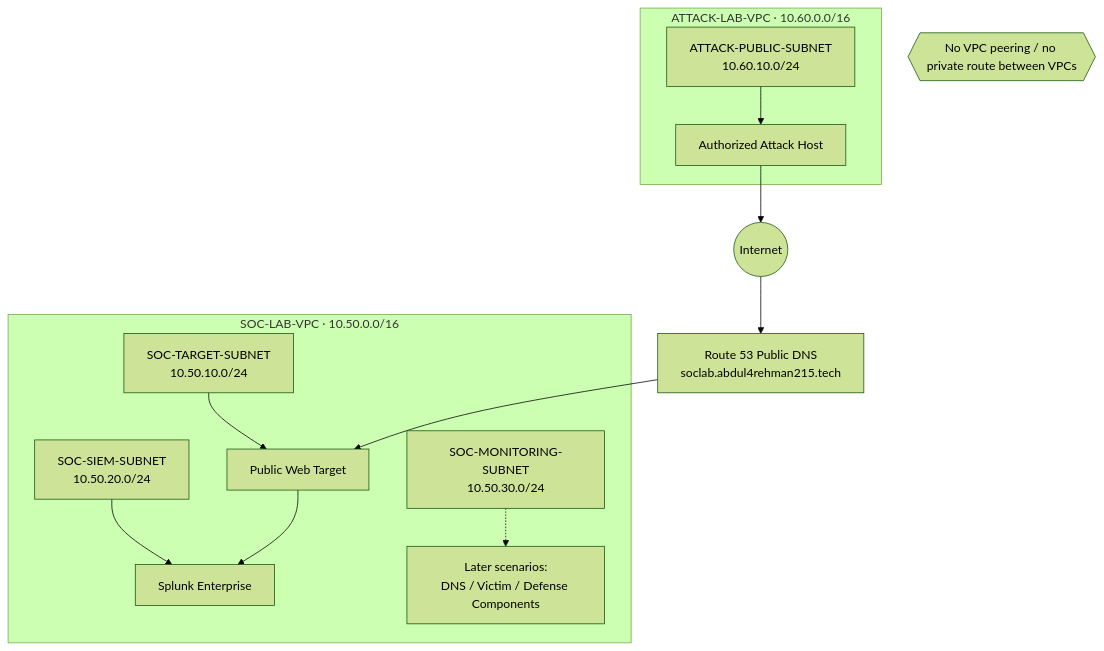
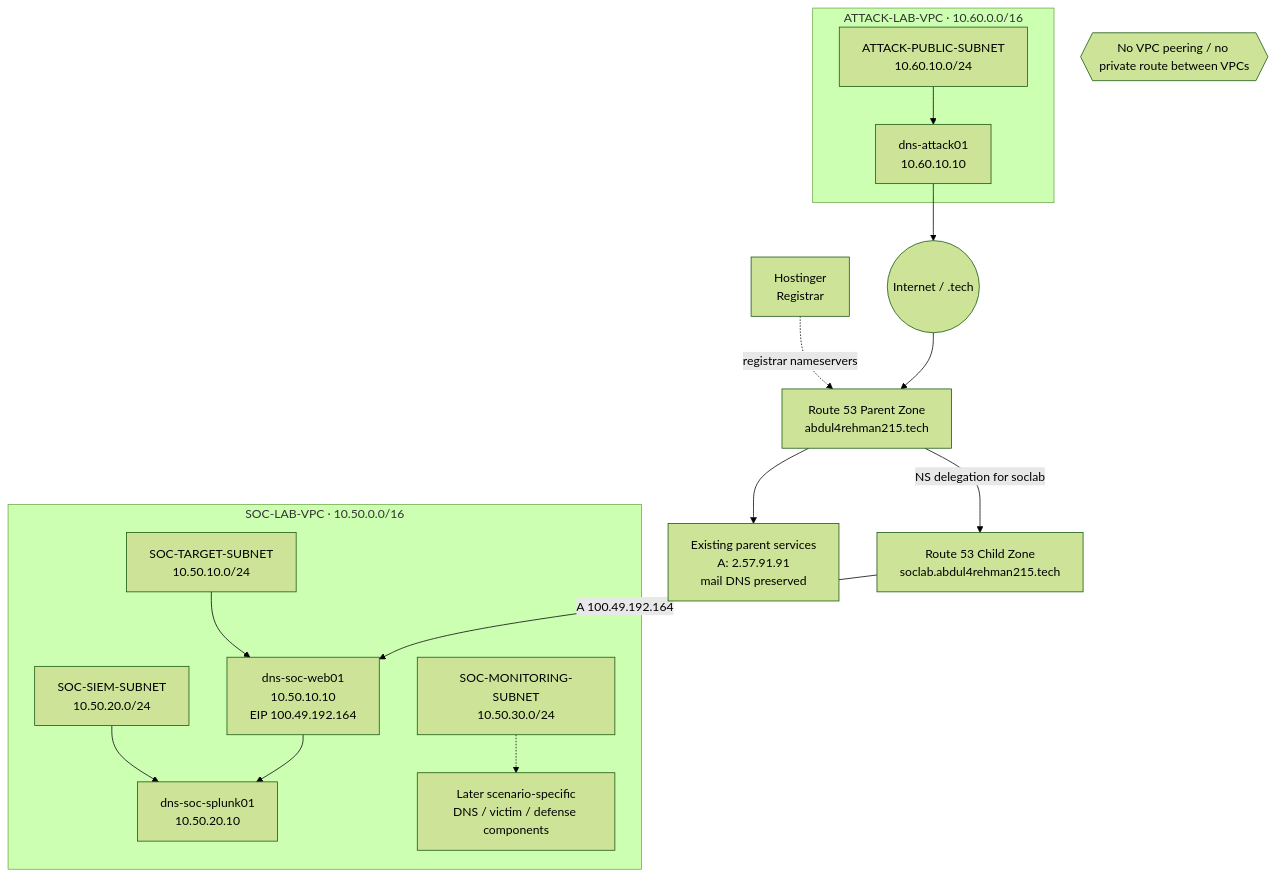
One commit to DNS-SOC-Lab/DNS-Lab-Infrastructure changed the diagram in 01-network-architecture/base-network.md. Above: the diagram before and after it, drawn with Mermaid (forest theme). The commit also changed other lines of this file and 2 other files, not shown here.

Commit message:
docs(network): map the public DNS path

````diff
--- a/01-network-architecture/base-network.md
+++ b/01-network-architecture/base-network.md
@@ -9,29 +11,35 @@
 ```mermaid
 flowchart TB
-    Internet((Internet))
-    DNS[Route 53 Public DNS<br/>soclab.abdul4rehman215.tech]
+    Registrar[Hostinger<br/>Registrar]
+    Internet((Internet / .tech))
+    Parent[Route 53 Parent Zone<br/>abdul4rehman215.tech]
+    Child[Route 53 Child Zone<br/>soclab.abdul4rehman215.tech]
+    Existing[Existing parent services<br/>A: 2.57.91.91<br/>mail DNS preserved]
 
     subgraph AVPC[ATTACK-LAB-VPC · 10.60.0.0/16]
         ASubnet[ATTACK-PUBLIC-SUBNET<br/>10.60.10.0/24]
-        Attack[Authorized Attack Host]
+        Attack[dns-attack01<br/>10.60.10.10]
         ASubnet --> Attack
     end
 
     subgraph SVPC[SOC-LAB-VPC · 10.50.0.0/16]
         Target[SOC-TARGET-SUBNET<br/>10.50.10.0/24]
         SIEM[SOC-SIEM-SUBNET<br/>10.50.20.0/24]
         Monitoring[SOC-MONITORING-SUBNET<br/>10.50.30.0/24]
-        Web[Public Web Target]
-        Splunk[Splunk Enterprise]
+        Web[dns-soc-web01<br/>10.50.10.10<br/>EIP 100.49.192.164]
+        Splunk[dns-soc-splunk01<br/>10.50.20.10]
         Target --> Web
         SIEM --> Splunk
-        Monitoring -.-> Future[Later scenarios:<br/>DNS / Victim / Defense Components]
+        Monitoring -.-> Future[Later scenario-specific<br/>DNS / victim / defense components]
     end
 
+    Registrar -. registrar nameservers .-> Parent
+    Internet --> Parent
+    Parent --> Existing
+    Parent -->|NS delegation for soclab| Child
+    Child -->|A 100.49.192.164| Web
     Attack --> Internet
-    Internet --> DNS
-    DNS --> Web
     Web --> Splunk
 
     X{{No VPC peering / no private route between VPCs}}
 ```
````
